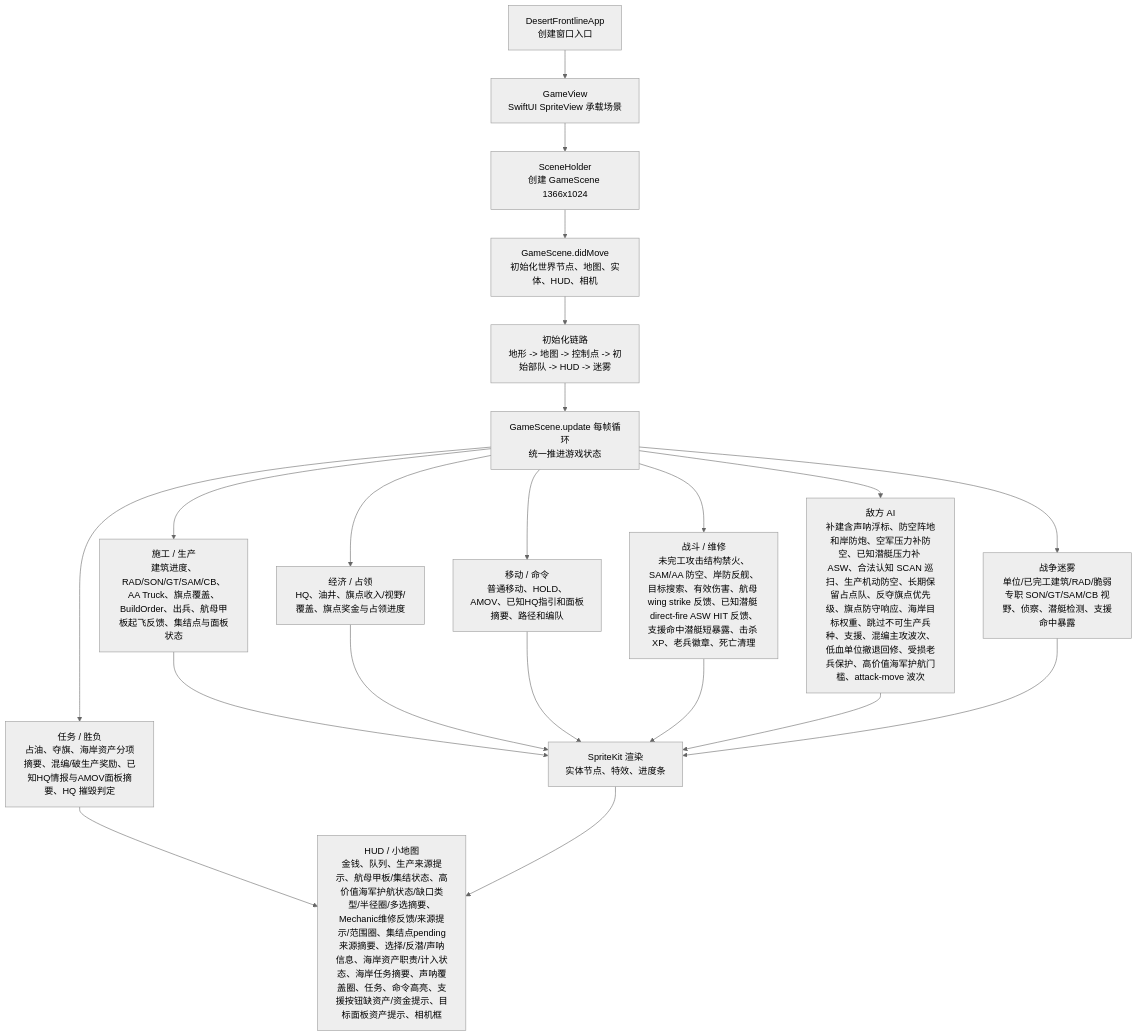
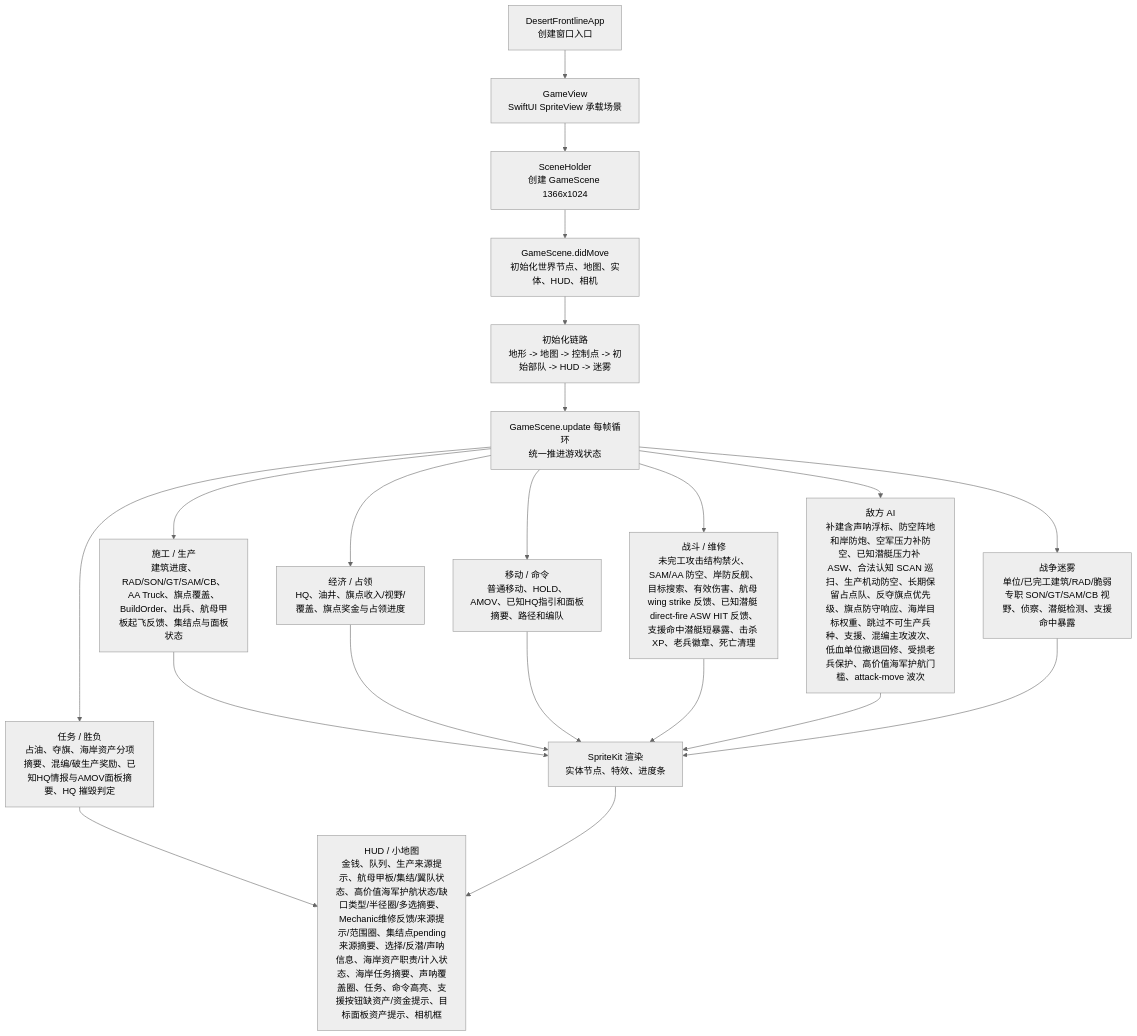
The first of 3 diagrams in md/flow/flowchart.md (Altman-sam114/1145), drawn with Mermaid (neutral theme) before and after one commit. The commit also changed 4 other files, not shown here.

````diff
--- a/md/flow/flowchart.md
+++ b/md/flow/flowchart.md
@@ -9,23 +9,23 @@
 ```mermaid
 flowchart TD
   App["DesertFrontlineApp\n创建窗口入口"] --> View["GameView\nSwiftUI SpriteView 承载场景"]
   View --> Holder["SceneHolder\n创建 GameScene 1366x1024"]
   Holder --> Scene["GameScene.didMove\n初始化世界节点、地图、实体、HUD、相机"]
   Scene --> Init["初始化链路\n地形 -> 地图 -> 控制点 -> 初始部队 -> HUD -> 迷雾"]
   Init --> Loop["GameScene.update 每帧循环\n统一推进游戏状态"]
   Loop --> Build["施工 / 生产\n建筑进度、RAD/SON/GT/SAM/CB、AA Truck、旗点覆盖、BuildOrder、出兵、航母甲板起飞反馈、集结点与面板状态"]
   Loop --> Economy["经济 / 占领\nHQ、油井、旗点收入/视野/覆盖、旗点奖金与占领进度"]
   Loop --> Commands["移动 / 命令\n普通移动、HOLD、AMOV、已知HQ指引和面板摘要、路径和编队"]
   Loop --> Combat["战斗 / 维修\n未完工攻击结构禁火、SAM/AA 防空、岸防反舰、目标搜索、有效伤害、航母 wing strike 反馈、已知潜艇 direct-fire ASW HIT 反馈、支援命中潜艇短暴露、击杀 XP、老兵徽章、死亡清理"]
   Loop --> AI["敌方 AI\n补建含声呐浮标、防空阵地和岸防炮、空军压力补防空、已知潜艇压力补 ASW、合法认知 SCAN 巡扫、生产机动防空、长期保留占点队、反夺旗点优先级、旗点防守响应、海岸目标权重、跳过不可生产兵种、支援、混编主攻波次、低血单位撤退回修、受损老兵保护、高价值海军护航门槛、attack-move 波次"]
   Loop --> Fog["战争迷雾\n单位/已完工建筑/RAD/脆弱专职 SON/GT/SAM/CB 视野、侦察、潜艇检测、支援命中暴露"]
   Loop --> Mission["任务 / 胜负\n占油、夺旗、海岸资产分项摘要、混编/破生产奖励、已知HQ情报与AMOV面板摘要、HQ 摧毁判定"]
   Build --> Render["SpriteKit 渲染\n实体节点、特效、进度条"]
   Economy --> Render
   Commands --> Render
   Combat --> Render
   AI --> Render
   Fog --> Render
-  Mission --> HUD["HUD / 小地图\n金钱、队列、生产来源提示、航母甲板/集结状态、高价值海军护航状态/缺口类型/半径圈/多选摘要、Mechanic维修反馈/来源提示/范围圈、集结点pending来源摘要、选择/反潜/声呐信息、海岸资产职责/计入状态、海岸任务摘要、声呐覆盖圈、任务、命令高亮、支援按钮缺资产/资金提示、目标面板资产提示、相机框"]
+  Mission --> HUD["HUD / 小地图\n金钱、队列、生产来源提示、航母甲板/集结/翼队状态、高价值海军护航状态/缺口类型/半径圈/多选摘要、Mechanic维修反馈/来源提示/范围圈、集结点pending来源摘要、选择/反潜/声呐信息、海岸资产职责/计入状态、海岸任务摘要、声呐覆盖圈、任务、命令高亮、支援按钮缺资产/资金提示、目标面板资产提示、相机框"]
   Render --> HUD
 ```
````
